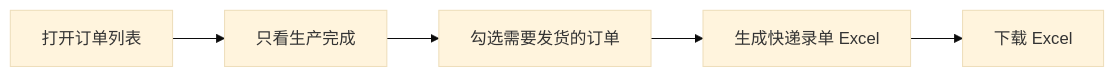
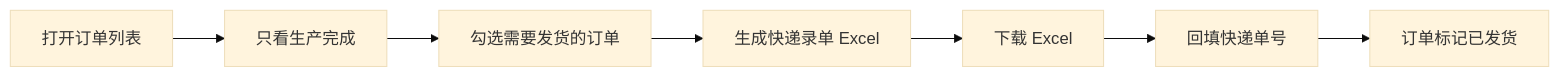
The diagram in orderapp-remote/docs/orders-user-manual.md (Backstage2539/KFerp), drawn with Mermaid (base theme) before and after one commit. The commit also changed other lines of this file and 33 other files, not shown here.

````diff
--- a/orderapp-remote/docs/orders-user-manual.md
+++ b/orderapp-remote/docs/orders-user-manual.md
@@ -5,7 +5,9 @@
 ```mermaid
 flowchart LR
   A[打开订单列表] --> B[只看生产完成]
   B --> C[勾选需要发货的订单]
   C --> D[生成快递录单 Excel]
   D --> E[下载 Excel]
+  E --> F[回填快递单号]
+  F --> G[订单标记已发货]
 ```
````
